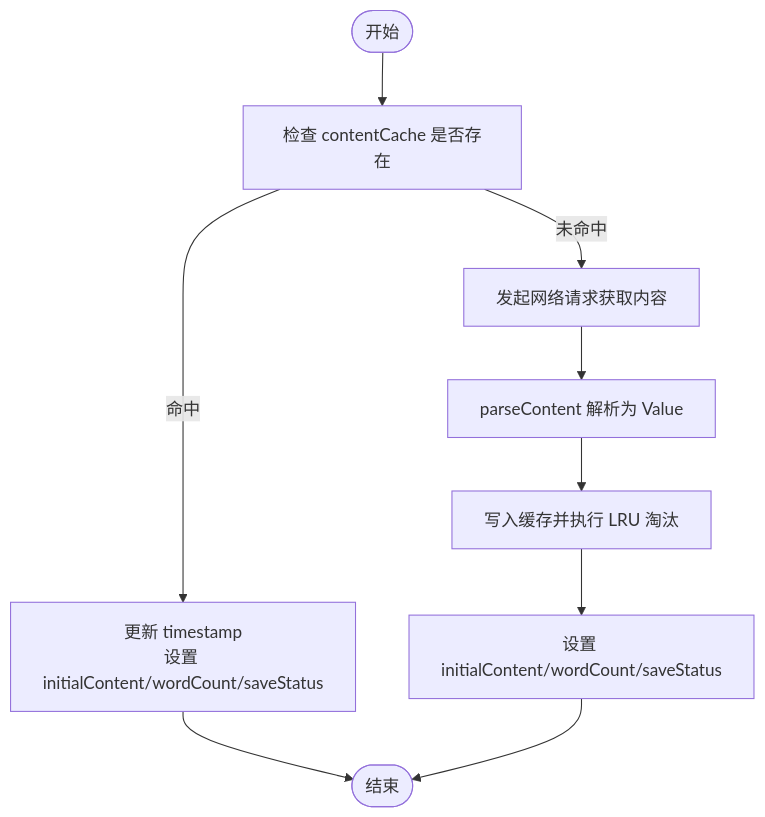
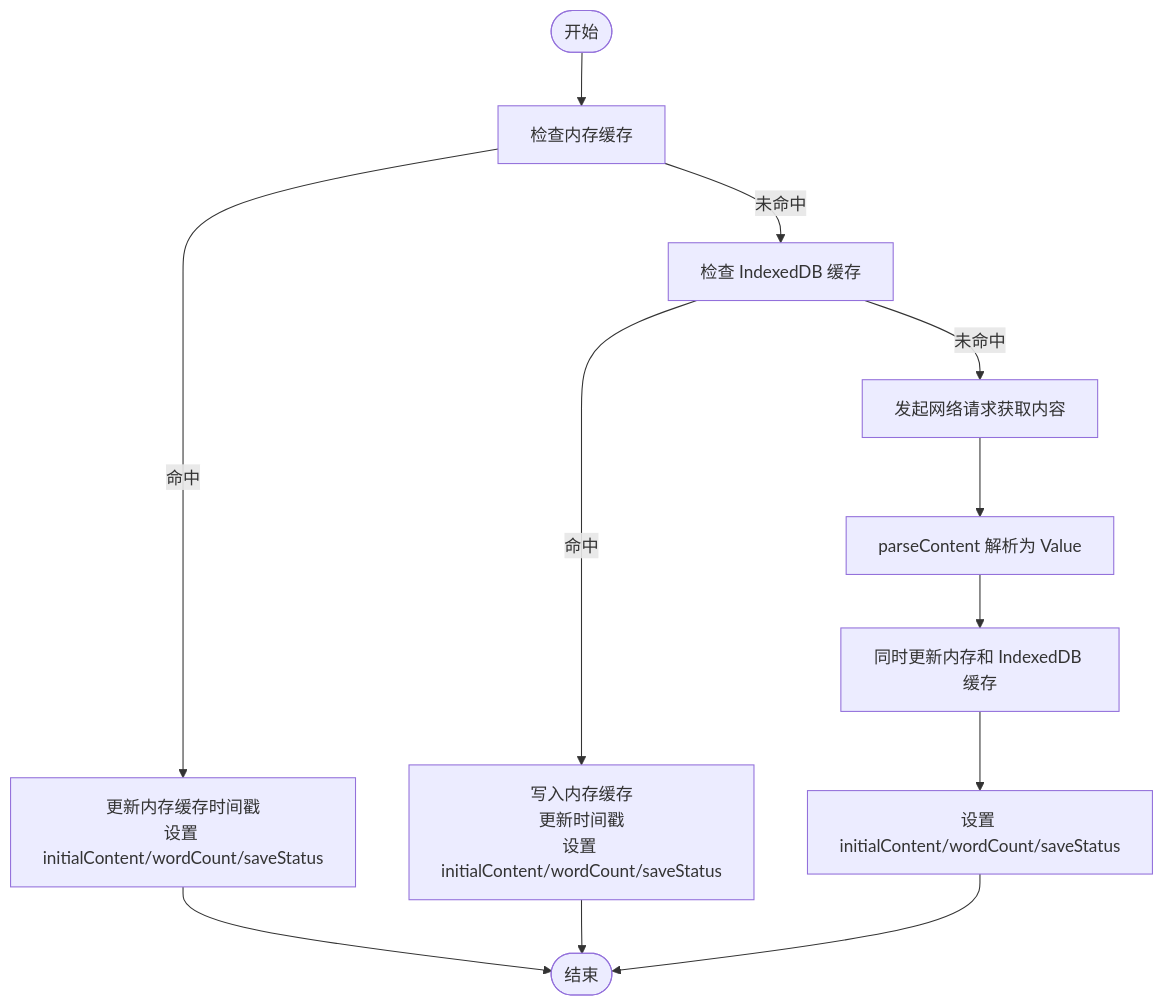
The fourth of 7 diagrams in .qoder/repowiki/zh/content/状态管理/编辑器状态.md (BlackBoxRecorder/uninote), drawn with Mermaid before and after one commit. The commit also changed other lines of this file and 9 other files, not shown here.

````diff
--- a/.qoder/repowiki/zh/content/状态管理/编辑器状态.md
+++ b/.qoder/repowiki/zh/content/状态管理/编辑器状态.md
@@ -210,11 +266,14 @@
 ```mermaid
 flowchart TD
-Start(["开始"]) --> CheckCache["检查 contentCache 是否存在"]
-CheckCache --> |命中| Hit["更新 timestamp<br/>设置 initialContent/wordCount/saveStatus"]
-CheckCache --> |未命中| Fetch["发起网络请求获取内容"]
-Fetch --> Parse["parseContent 解析为 Value"]
-Parse --> UpdateCache["写入缓存并执行 LRU 淘汰"]
-UpdateCache --> SetState["设置 initialContent/wordCount/saveStatus"]
-Hit --> End(["结束"])
+Start(["开始"]) --> CheckMemCache["检查内存缓存"]
+CheckMemCache --> |命中| HitMem["更新内存缓存时间戳<br/>设置 initialContent/wordCount/saveStatus"]
+CheckMemCache --> |未命中| CheckIDBCache["检查 IndexedDB 缓存"]
+CheckIDBCache --> |命中| HitIDB["写入内存缓存<br/>更新时间戳<br/>设置 initialContent/wordCount/saveStatus"]
+CheckIDBCache --> |未命中| FetchAPI["发起网络请求获取内容"]
+FetchAPI --> Parse["parseContent 解析为 Value"]
+Parse --> UpdateBoth["同时更新内存和 IndexedDB 缓存"]
+UpdateBoth --> SetState["设置 initialContent/wordCount/saveStatus"]
+HitMem --> End(["结束"])
+HitIDB --> End
 SetState --> End
 ```
````
